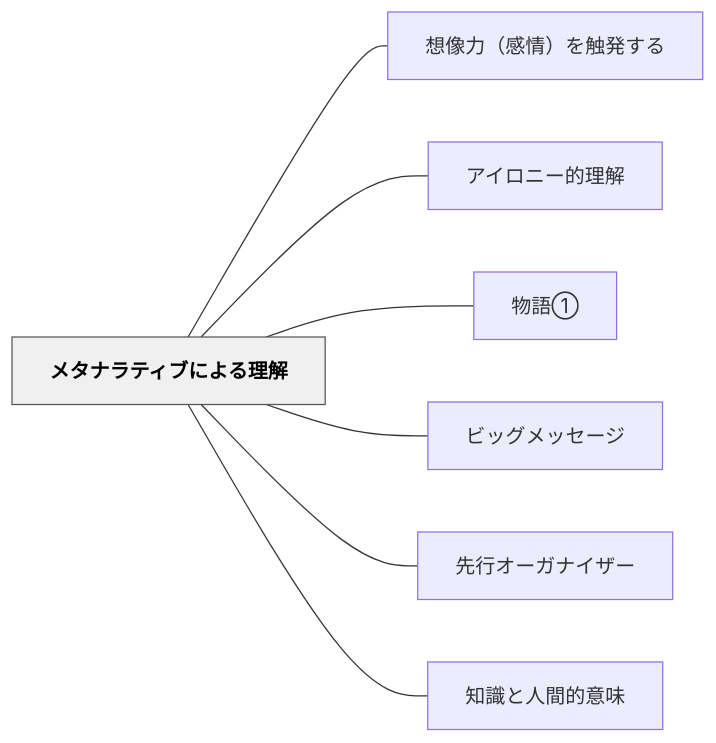
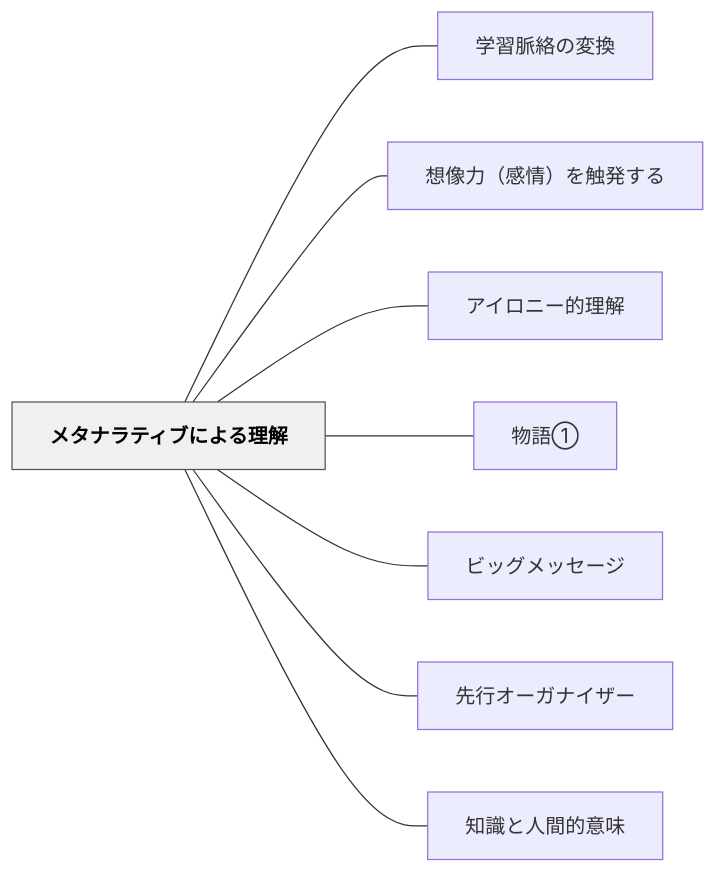
One commit to unknownthings-ed-patterns/unknownthings-ed-patterns changed the diagram in content/パタン/メタナラティブによる理解.md. Above: the diagram before and after it, drawn with Mermaid. The commit also changed other lines of this file and 473 other files, not shown here.

````diff
--- a/content/パタン/メタナラティブによる理解.md
+++ b/content/パタン/メタナラティブによる理解.md
@@ -49,20 +50,22 @@
 ```mermaid
 flowchart LR
     ne383a1e382bf["メタナラティブによる理解"]
+    ne5ada6e7bf92["学習脈絡の変換"]
     ne683b3e5838f["想像力（感情）を触発する"]
     ne382a2e382a4["アイロニー的理解"]
     ne789a9e8aa9e["物語①"]
     ne38393e38383["ビッグメッセージ"]
     ne58588e8a18c["先行オーガナイザー"]
     ne79fa5e8ad98["知識と人間的意味"]
 
+    ne383a1e382bf --- ne5ada6e7bf92
     ne383a1e382bf --- ne683b3e5838f
     ne383a1e382bf --- ne382a2e382a4
     ne383a1e382bf --- ne789a9e8aa9e
     ne383a1e382bf --- ne38393e38383
     ne383a1e382bf --- ne58588e8a18c
     ne383a1e382bf --- ne79fa5e8ad98
 
     classDef hub fill:#f0f0f0,stroke:#555,color:#000,font-weight:bold
     class ne383a1e382bf hub
 ```
````
